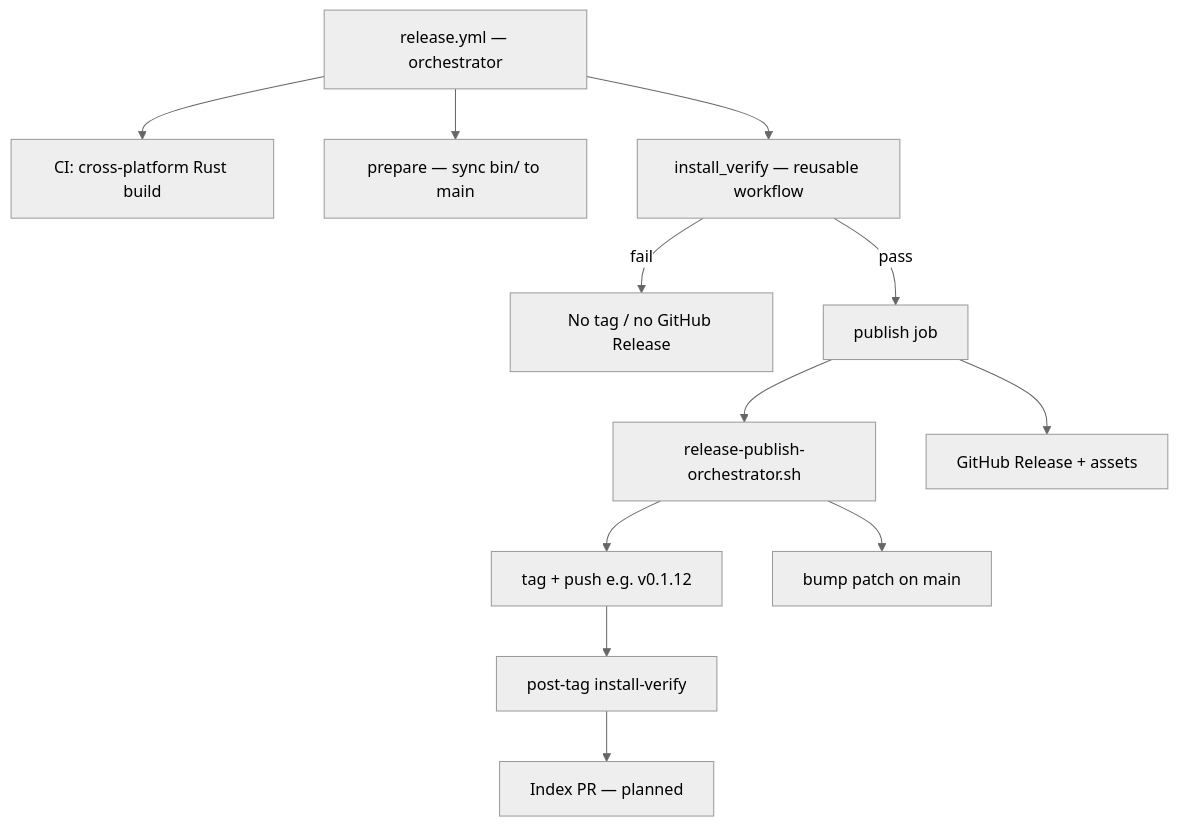
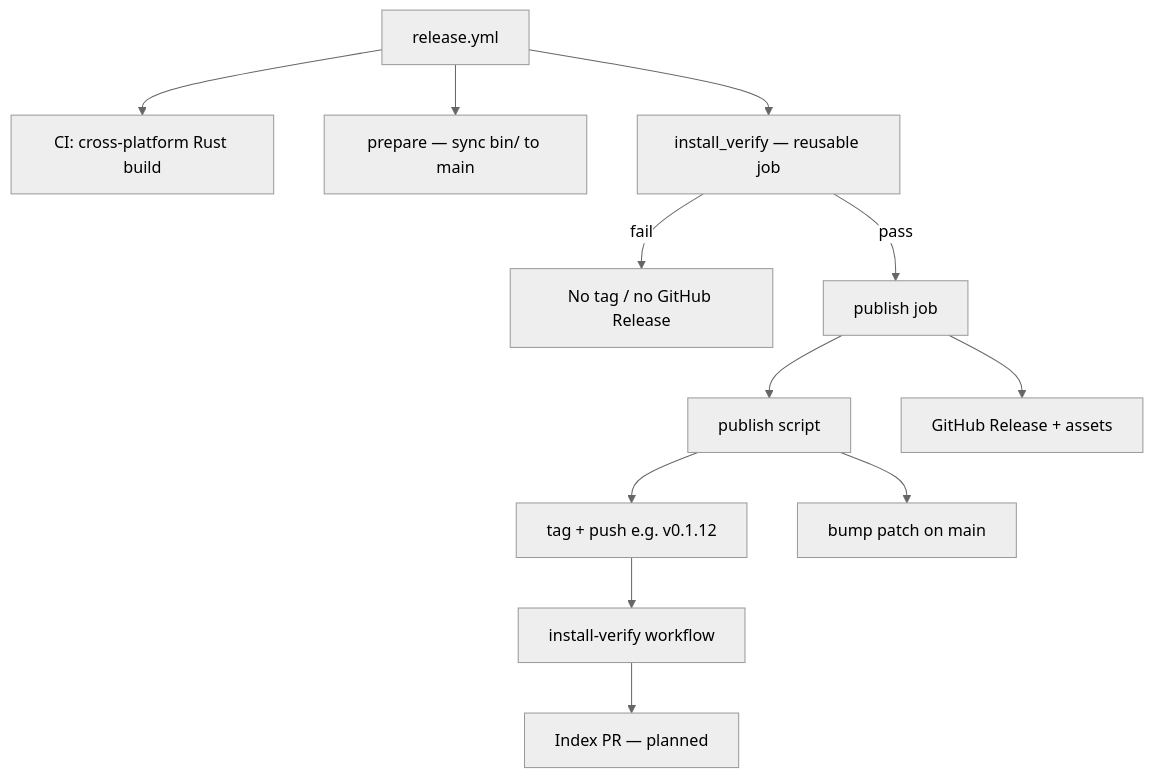
One commit to CREATeNG/freecad-mcp-bridge changed the first of 2 diagrams in MAINTAINING.md. Above: the diagram before and after it, drawn with Mermaid (neutral theme). The commit also changed other lines of this file and 3 other files, not shown here.

First line of the commit message:
Standardize release orchestrator and script terminology in docs

````diff
--- a/MAINTAINING.md
+++ b/MAINTAINING.md
@@ -82,15 +85,15 @@
 ```mermaid
 flowchart TD
-  R[release.yml — orchestrator]
+  R[release.yml]
   R --> build[CI: cross-platform Rust build]
   R --> prep[prepare — sync bin/ to main]
-  R --> verify[install_verify — reusable workflow]
+  R --> verify[install_verify — reusable job]
   verify -->|fail| stop[No tag / no GitHub Release]
   verify -->|pass| pub[publish job]
-  pub --> orch[release-publish-orchestrator.sh]
+  pub --> orch[publish script]
   orch --> tag[tag + push e.g. v0.1.12]
   orch --> zbump[bump patch on main]
   pub --> gh[GitHub Release + assets]
-  tag --> postverify[post-tag install-verify]
+  tag --> postverify[install-verify workflow]
   postverify --> index[Index PR — planned]
 ```
````
